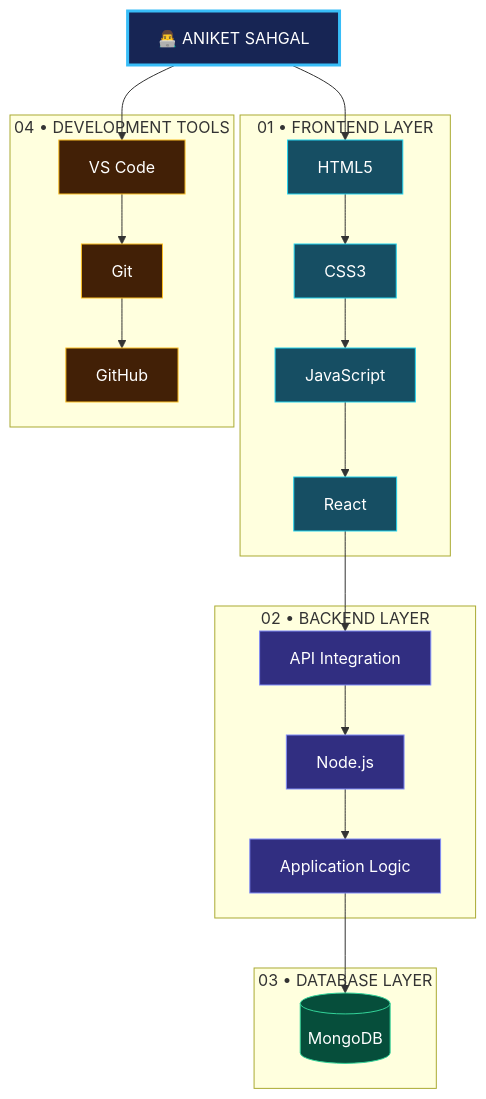
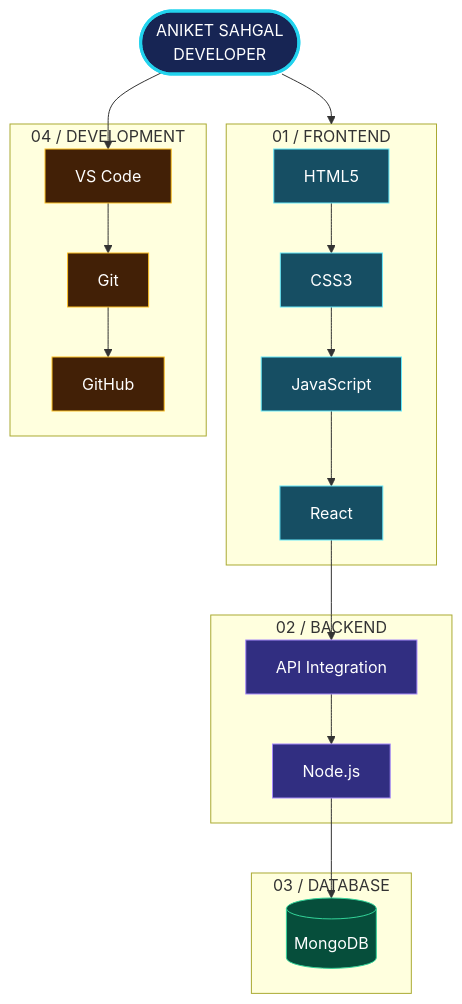
Before and after one commit to Sehgal1001/Sehgal1001: the diagram in README.md, drawn with Mermaid. The commit also changed other lines of this file, not shown here.

````diff
--- a/README.md
+++ b/README.md
@@ -35,51 +34,49 @@
 ```mermaid
 flowchart TB
-    A["👨‍💻 ANIKET SAHGAL"]
+    A(["ANIKET SAHGAL<br/>DEVELOPER"])
 
-    subgraph UI["01 • FRONTEND LAYER"]
-      B["HTML5"]
-      C["CSS3"]
-      D["JavaScript"]
-      E["React"]
+    subgraph FRONTEND["01 / FRONTEND"]
+        B["HTML5"]
+        C["CSS3"]
+        D["JavaScript"]
+        E["React"]
     end
 
-    subgraph SERVER["02 • BACKEND LAYER"]
-      F["Node.js"]
-      G["API Integration"]
-      H["Application Logic"]
+    subgraph BACKEND["02 / BACKEND"]
+        F["Node.js"]
+        G["API Integration"]
     end
 
-    subgraph DATA["03 • DATABASE LAYER"]
-      I[("MongoDB")]
+    subgraph DATABASE["03 / DATABASE"]
+        H[("MongoDB")]
     end
 
-    subgraph TOOLS["04 • DEVELOPMENT TOOLS"]
-      J["VS Code"]
-      K["Git"]
-      L["GitHub"]
+    subgraph TOOLS["04 / DEVELOPMENT"]
+        I["VS Code"]
+        J["Git"]
+        K["GitHub"]
     end
 
-    A --> B
-    A --> J
+    A --> FRONTEND
     B --> C
     C --> D
     D --> E
     E --> G
     G --> F
     F --> H
-    H --> I
+    A --> I
+    I --> J
     J --> K
-    K --> L
 
-    classDef main fill:#172554,stroke:#38bdf8,color:#fff,stroke-width:3px
-    classDef frontend fill:#164e63,stroke:#22d3ee,color:#fff
-    classDef backend fill:#312e81,stroke:#818cf8,color:#fff
-    classDef database fill:#064e3b,stroke:#34d399,color:#fff
-    classDef tools fill:#422006,stroke:#fbbf24,color:#fff
+    classDef main fill:#172554,stroke:#22d3ee,color:#fff,stroke-width:3px
+    classDef front fill:#164e63,stroke:#67e8f9,color:#fff
+    classDef back fill:#312e81,stroke:#a78bfa,color:#fff
+    classDef data fill:#064e3b,stroke:#34d399,color:#fff
+    classDef tool fill:#422006,stroke:#fbbf24,color:#fff
 
     class A main
-    class B,C,D,E frontend
-    class F,G,H backend
-    class I database
-    class J,K,L tools
+    class B,C,D,E front
+    class F,G back
+    class H data
+    class I,J,K tool
 ```
````
